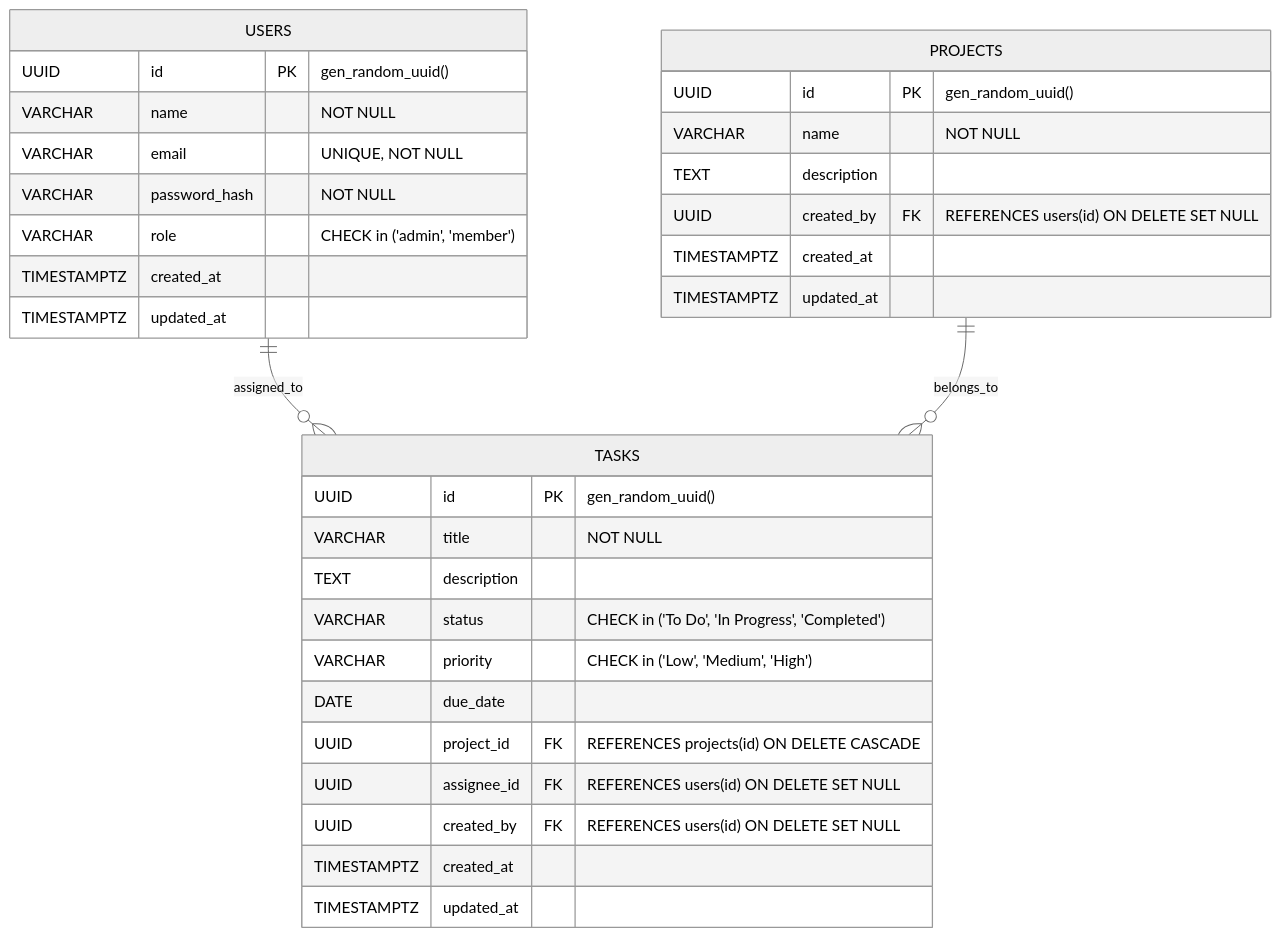
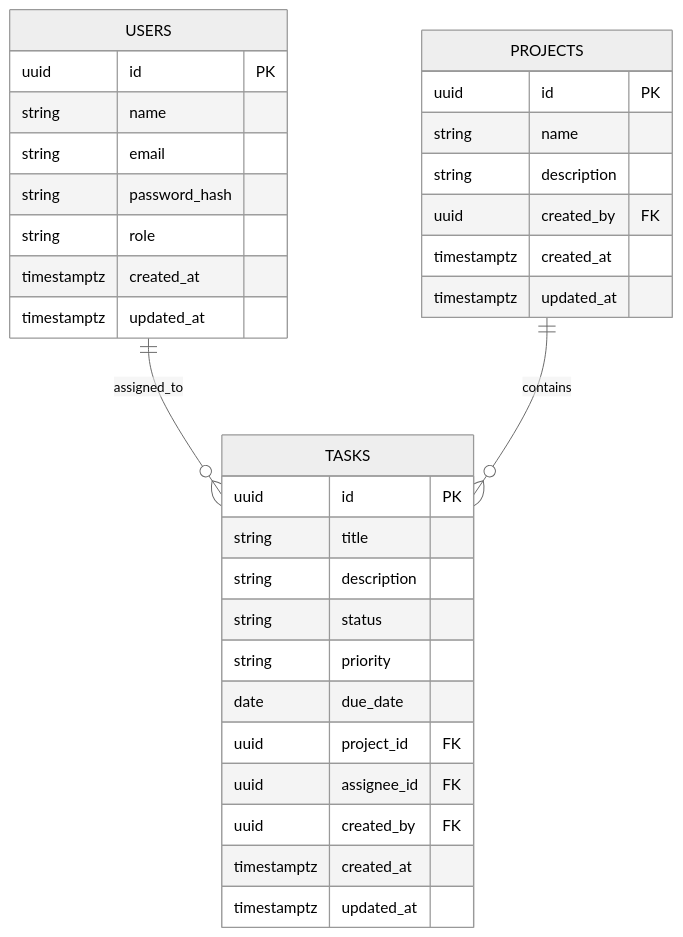
Before and after one commit to abdulmmh/smart-task-manager: the second of 2 diagrams in README.md, drawn with Mermaid (neutral theme). The commit also changed other lines of this file, not shown here.

Commit message:
docs: fix Mermaid diagram syntax errors for GitHub rendering

````diff
--- a/README.md
+++ b/README.md
@@ -107,38 +107,38 @@
 ```mermaid
 erDiagram
     USERS ||--o{ TASKS : "assigned_to"
-    PROJECTS ||--o{ TASKS : "belongs_to"
+    PROJECTS ||--o{ TASKS : "contains"
 
     USERS {
-        UUID id PK "gen_random_uuid()"
-        VARCHAR name "NOT NULL"
-        VARCHAR email "UNIQUE, NOT NULL"
-        VARCHAR password_hash "NOT NULL"
-        VARCHAR role "CHECK in ('admin', 'member')"
-        TIMESTAMPTZ created_at
-        TIMESTAMPTZ updated_at
+        uuid id PK
+        string name
+        string email
+        string password_hash
+        string role
+        timestamptz created_at
+        timestamptz updated_at
     }
 
     PROJECTS {
-        UUID id PK "gen_random_uuid()"
-        VARCHAR name "NOT NULL"
-        TEXT description
-        UUID created_by FK "REFERENCES users(id) ON DELETE SET NULL"
-        TIMESTAMPTZ created_at
-        TIMESTAMPTZ updated_at
+        uuid id PK
+        string name
+        string description
+        uuid created_by FK
+        timestamptz created_at
+        timestamptz updated_at
     }
 
     TASKS {
-        UUID id PK "gen_random_uuid()"
-        VARCHAR title "NOT NULL"
-        TEXT description
-        VARCHAR status "CHECK in ('To Do', 'In Progress', 'Completed')"
-        VARCHAR priority "CHECK in ('Low', 'Medium', 'High')"
-        DATE due_date
-        UUID project_id FK "REFERENCES projects(id) ON DELETE CASCADE"
-        UUID assignee_id FK "REFERENCES users(id) ON DELETE SET NULL"
-        UUID created_by FK "REFERENCES users(id) ON DELETE SET NULL"
-        TIMESTAMPTZ created_at
-        TIMESTAMPTZ updated_at
+        uuid id PK
+        string title
+        string description
+        string status
+        string priority
+        date due_date
+        uuid project_id FK
+        uuid assignee_id FK
+        uuid created_by FK
+        timestamptz created_at
+        timestamptz updated_at
     }
 ```
````
